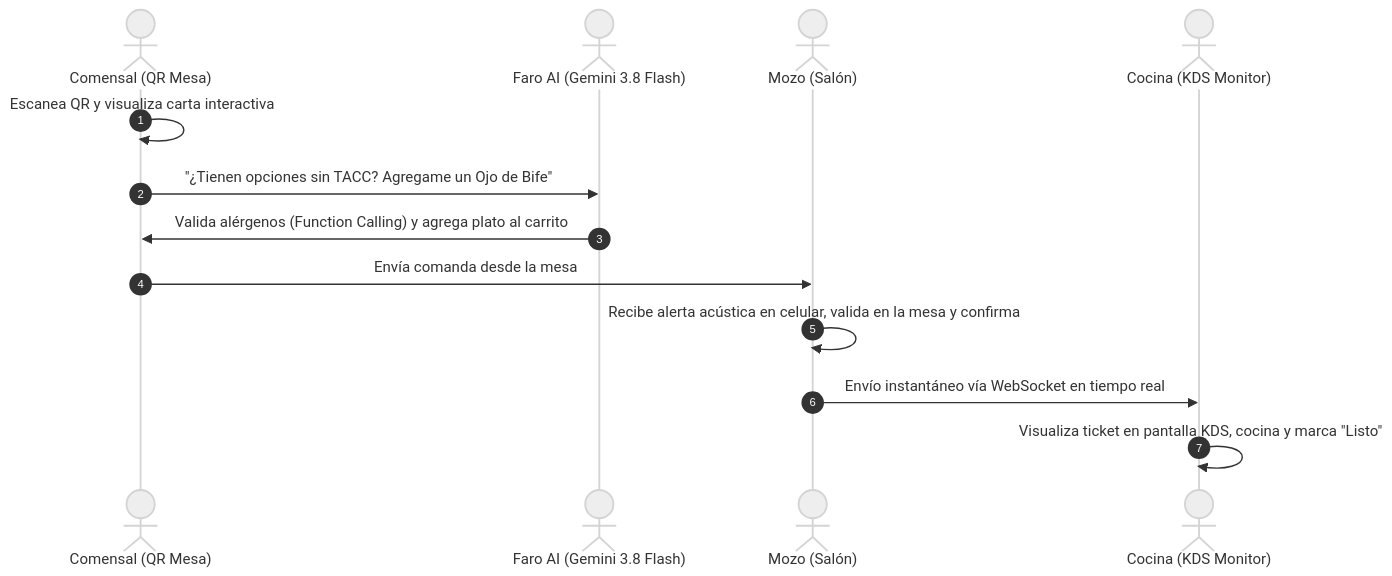
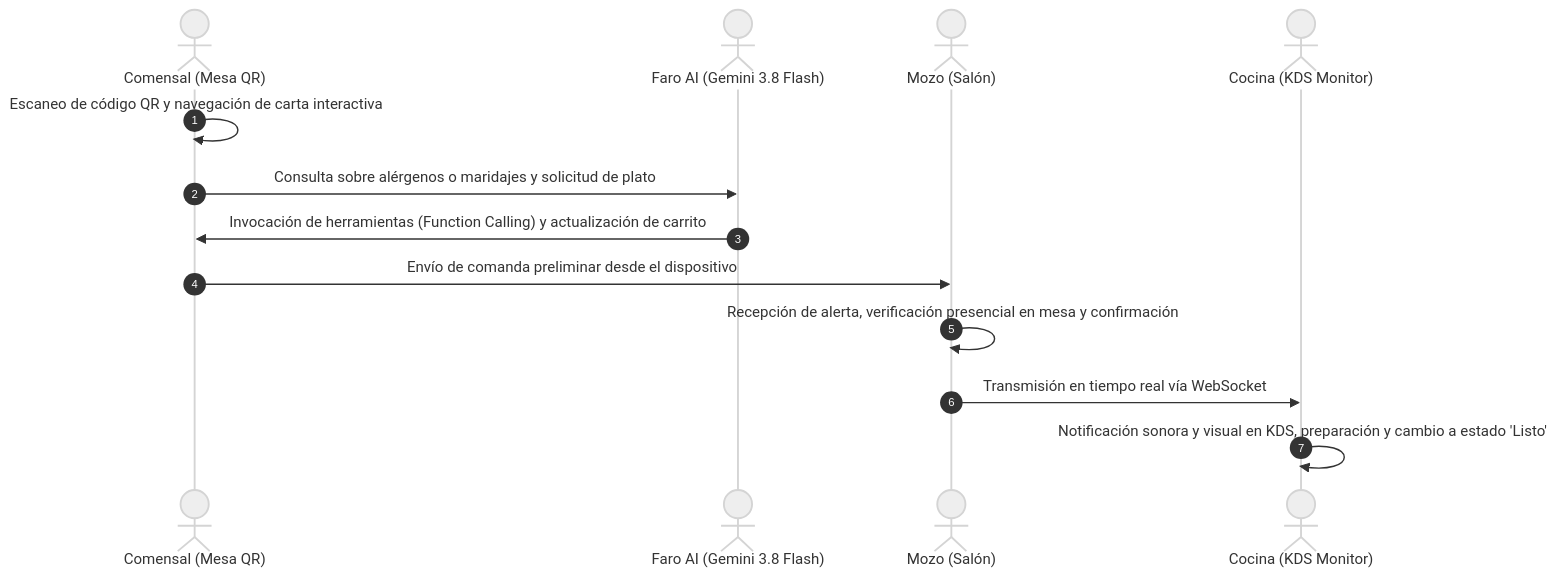
The second of 2 diagrams in README.md (62Javi/project-faro), drawn with Mermaid (neutral theme) before and after one commit. The commit also changed other lines of this file and 3 other files, not shown here.

````diff
--- a/README.md
+++ b/README.md
@@ -40,16 +91,16 @@
 ```mermaid
 sequenceDiagram
     autonumber
-    actor Cliente as Comensal (QR Mesa)
+    actor Cliente as Comensal (Mesa QR)
     actor AI as Faro AI (Gemini 3.8 Flash)
     actor Mozo as Mozo (Salón)
     actor Cocina as Cocina (KDS Monitor)
 
-    Cliente->>Cliente: Escanea QR y visualiza carta interactiva
-    Cliente->>AI: "¿Tienen opciones sin TACC? Agregame un Ojo de Bife"
-    AI->>Cliente: Valida alérgenos (Function Calling) y agrega plato al carrito
-    Cliente->>Mozo: Envía comanda desde la mesa
-    Mozo->>Mozo: Recibe alerta acústica en celular, valida en la mesa y confirma
-    Mozo->>Cocina: Envío instantáneo vía WebSocket en tiempo real
-    Cocina->>Cocina: Visualiza ticket en pantalla KDS, cocina y marca "Listo"
+    Cliente->>Cliente: Escaneo de código QR y navegación de carta interactiva
+    Cliente->>AI: Consulta sobre alérgenos o maridajes y solicitud de plato
+    AI->>Cliente: Invocación de herramientas (Function Calling) y actualización de carrito
+    Cliente->>Mozo: Envío de comanda preliminar desde el dispositivo
+    Mozo->>Mozo: Recepción de alerta, verificación presencial en mesa y confirmación
+    Mozo->>Cocina: Transmisión en tiempo real vía WebSocket
+    Cocina->>Cocina: Notificación sonora y visual en KDS, preparación y cambio a estado 'Listo'
 ```
````
